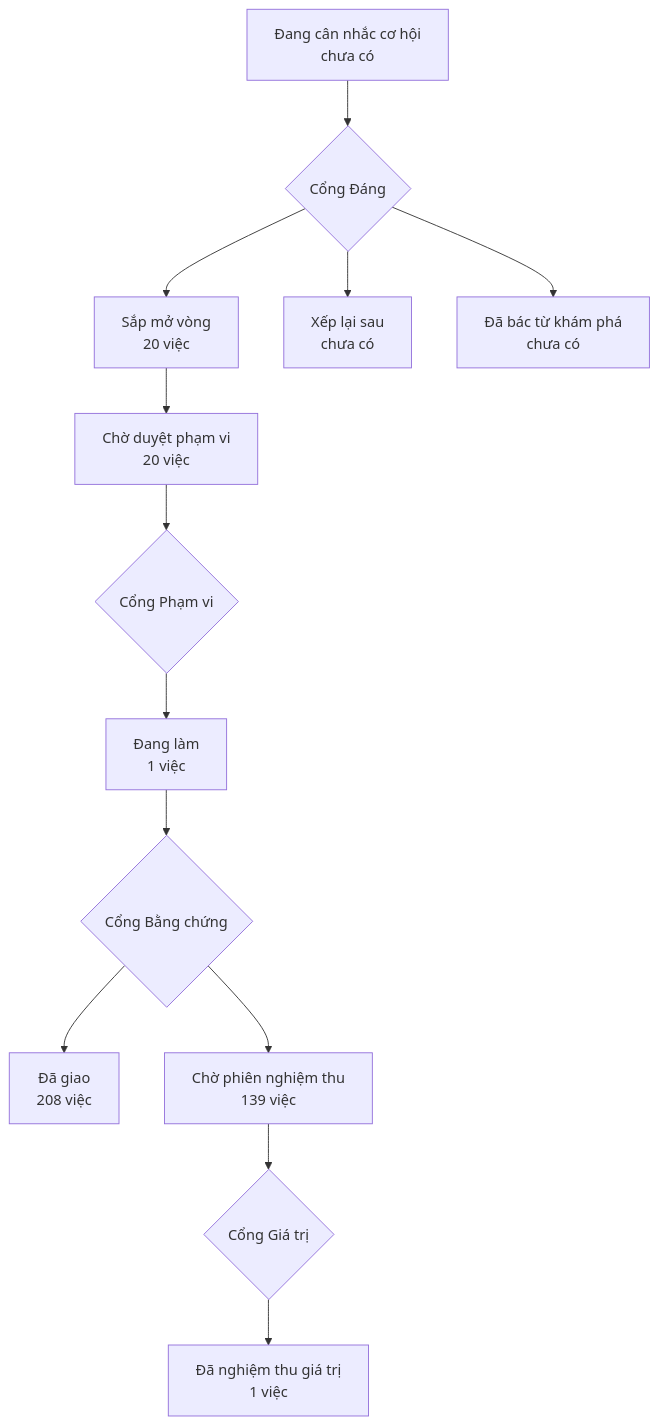
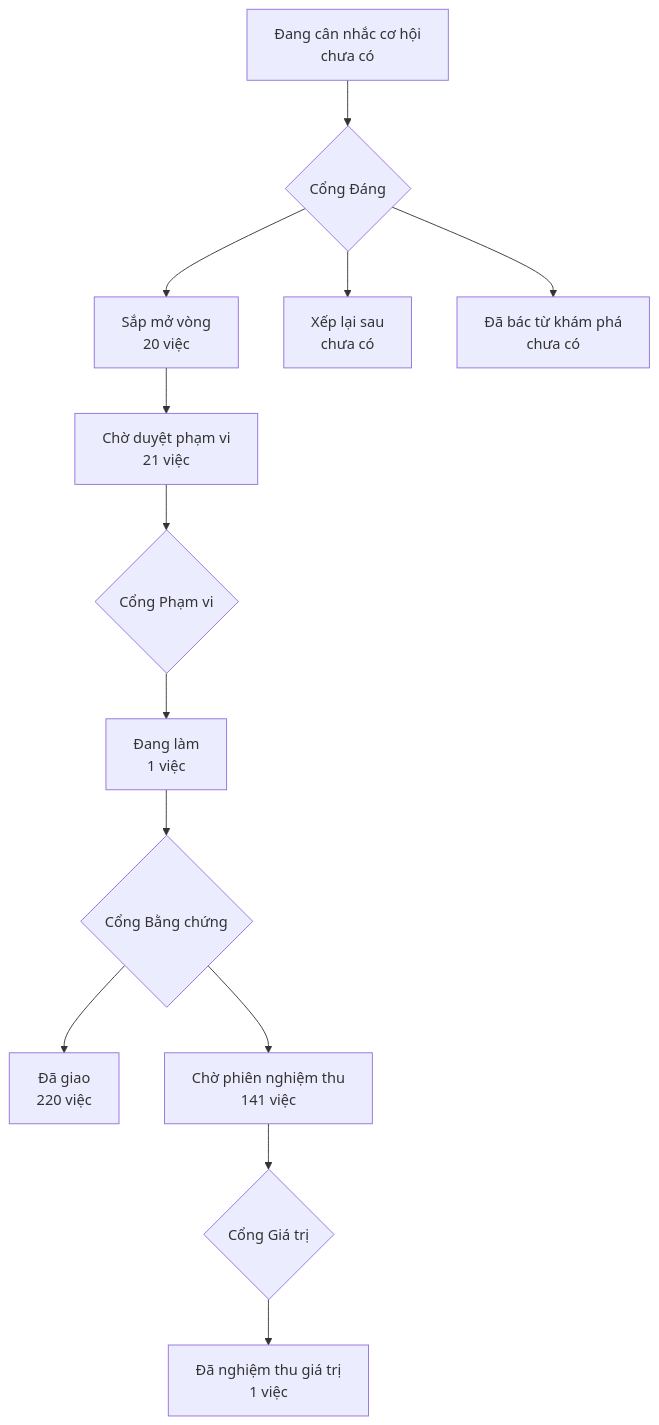
Before and after one commit to phanlemanh/onehub-invest: the diagram in PRODUCT-MAP.md, drawn with Mermaid. The commit also changed other lines of this file and 3 other files, not shown here.

Commit message:
chore(pl20): Cổng Phạm vi ký lại — Mạnh duyệt lối 1 AC-9 (24/11)

````diff
--- a/PRODUCT-MAP.md
+++ b/PRODUCT-MAP.md
@@ -7,12 +7,12 @@
 ```mermaid
 flowchart TD
   A["Đang cân nhắc cơ hội<br/>chưa có"] --> GD{"Cổng Đáng"}
   GD --> B["Sắp mở vòng<br/>20 việc"]
   GD --> XL["Xếp lại sau<br/>chưa có"]
   GD --> DB["Đã bác từ khám phá<br/>chưa có"]
-  B --> CD["Chờ duyệt phạm vi<br/>20 việc"] --> GP{"Cổng Phạm vi"}
+  B --> CD["Chờ duyệt phạm vi<br/>21 việc"] --> GP{"Cổng Phạm vi"}
   GP --> DL["Đang làm<br/>1 việc"] --> GB{"Cổng Bằng chứng"}
-  GB --> DG["Đã giao<br/>208 việc"]
-  GB --> CN["Chờ phiên nghiệm thu<br/>139 việc"] --> GG{"Cổng Giá trị"}
+  GB --> DG["Đã giao<br/>220 việc"]
+  GB --> CN["Chờ phiên nghiệm thu<br/>141 việc"] --> GG{"Cổng Giá trị"}
   GG --> NT["Đã nghiệm thu giá trị<br/>1 việc"]
 ```
````
